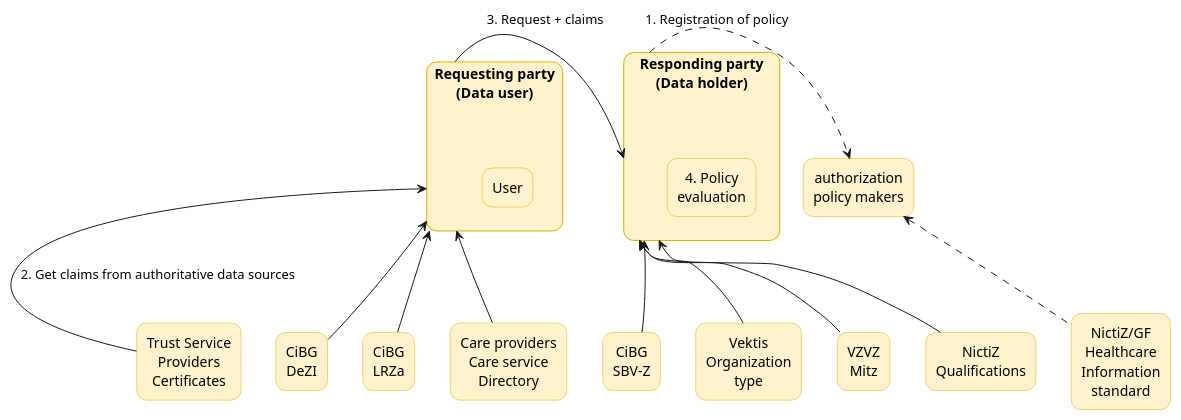
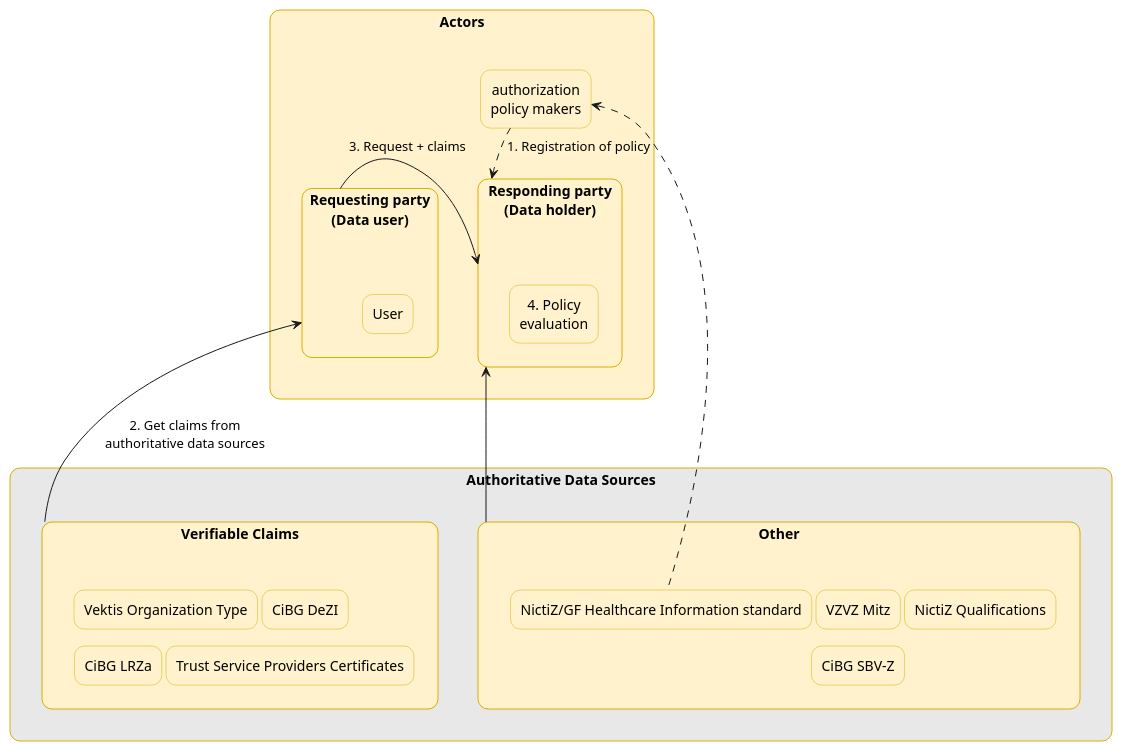
Before and after one commit to nuts-foundation/nl-generic-functions-ig: the diagram in input/images-source/authorization-overview-transactions.plantuml, drawn with PlantUML. The commit also changed 1 other file, not shown here.

```diff
--- a/input/images-source/authorization-overview-transactions.plantuml
+++ b/input/images-source/authorization-overview-transactions.plantuml
@@ -1,71 +1,57 @@
 @startuml authorization-overview-transactions
 
-skinparam roundcorner 20
 skinparam defaultFontName Arial
 skinparam defaultTextAlignment center
 skinparam backgroundColor white
+
+skinparam padding 0
+skinparam nodesep 4
+skinparam ranksep 4
+skinparam roundcorner 20
+
 
 skinparam rectangle {
     BackgroundColor #FFF2CC
     BorderColor #D6B000
 }
 
-' Top row: main actors
-rectangle "**Requesting party**\n**(Data user)**" as requesting {
-    rectangle "User" as user
+rectangle Actors {
+    rectangle "authorization\npolicy makers" as policy_makers
+    rectangle "**Responding party**\n**(Data holder)**" as responding {
+        rectangle "4. Policy\nevaluation" as policy_eval
+    }
+    rectangle "**Requesting party**\n**(Data user)**" as requesting {
+        rectangle "User" as user
+    }
 }
-
-rectangle "**Responding party**\n**(Data holder)**" as responding {
-    rectangle "4. Policy\nevaluation" as policy_eval
-}
-
-rectangle "authorization\npolicy makers" as policy_makers
 
 ' Flows between main actors
 requesting -right-> responding : "3. Request + claims"
-responding -[dashed]right-> policy_makers : "1. Registration of policy"
+policy_makers -[dashed]-> responding : "1. Registration of policy"
 
-' Force top row to stay on one level
-requesting -[hidden]right- responding
-responding -[hidden]right- policy_makers
+' Authoritative data sources
+rectangle "**Authoritative Data Sources**" as authoritativeDataSources #E8E8E8 {
+    rectangle "**Verifiable Claims**" as verifiableClaims {
+        rectangle "Vektis Organization Type" as vektis
+        rectangle "CiBG DeZI" as cibg_dezi
+        rectangle "CiBG LRZa" as cibg_lrza
+        rectangle "Trust Service Providers Certificates" as trust
+    }
 
-' Bottom row: authoritative data sources
-rectangle "Trust Service\nProviders\nCertificates" as trust
-rectangle "CiBG\nDeZI" as cibg_dezi
-rectangle "CiBG\nLRZa" as cibg_lrza
-rectangle "Care providers\nCare service\nDirectory" as care_dir
-rectangle "CiBG\nSBV-Z" as sbvz
-rectangle "Vektis\nOrganization\ntype" as vektis
-rectangle "VZVZ\nMitz" as mitz
-rectangle "NictiZ\nQualifications" as nictiz_qual
-rectangle "NictiZ/GF\nHealthcare\nInformation\nstandard" as nictiz_std
+    rectangle "**Other**" as otherClaims {
+        rectangle "NictiZ/GF Healthcare Information standard" as nictiz_std
+        rectangle "VZVZ Mitz" as mitz
+        rectangle "NictiZ Qualifications" as nictiz_qual
+        rectangle "CiBG SBV-Z" as sbvz
+    }
+}
 
-' Force bottom row horizontal order
-trust -[hidden]right- cibg_dezi
-cibg_dezi -[hidden]right- cibg_lrza
-cibg_lrza -[hidden]right- care_dir
-care_dir -[hidden]right- sbvz
-sbvz -[hidden]right- vektis
-vektis -[hidden]right- mitz
-mitz -[hidden]right- nictiz_qual
-nictiz_qual -[hidden]right- nictiz_std
 
-' Force bottom row below top row
-requesting -[hidden]down- trust
-requesting -[hidden]down- cibg_dezi
-responding -[hidden]down- sbvz
-responding -[hidden]down- vektis
+' Connections from data sources
+verifiableClaims -up-> requesting : "2. Get claims from\nauthoritative data sources"
+otherClaims -up-> responding
 
-' Arrows from data sources up: "2. Get claims from authoritative data sources"
-trust -up-> requesting : "2. Get claims from authoritative data sources"
-cibg_dezi -up-> requesting
-cibg_lrza -up-> requesting
-care_dir -up-> requesting
-sbvz -up-> responding
-vektis -up-> responding
-mitz -up-> responding
-nictiz_qual -up-> responding
 nictiz_std -[dashed]up-> policy_makers
 
 
 @enduml
```
